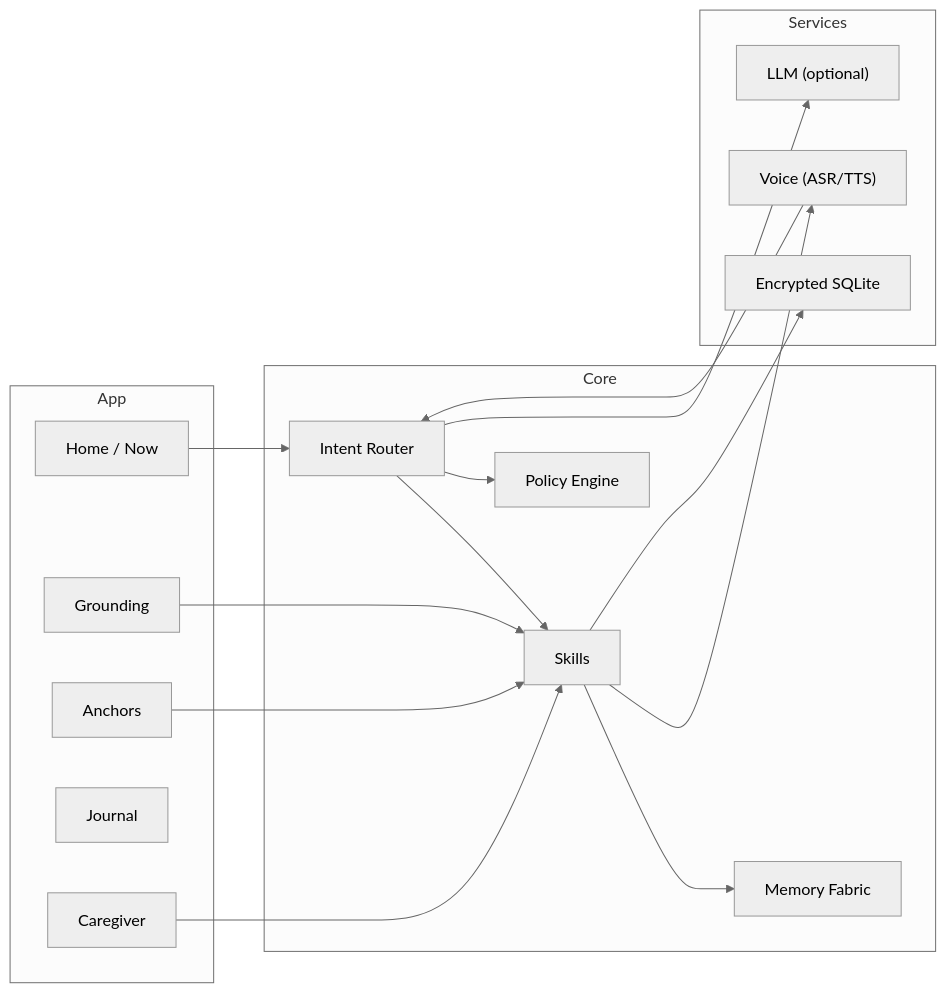
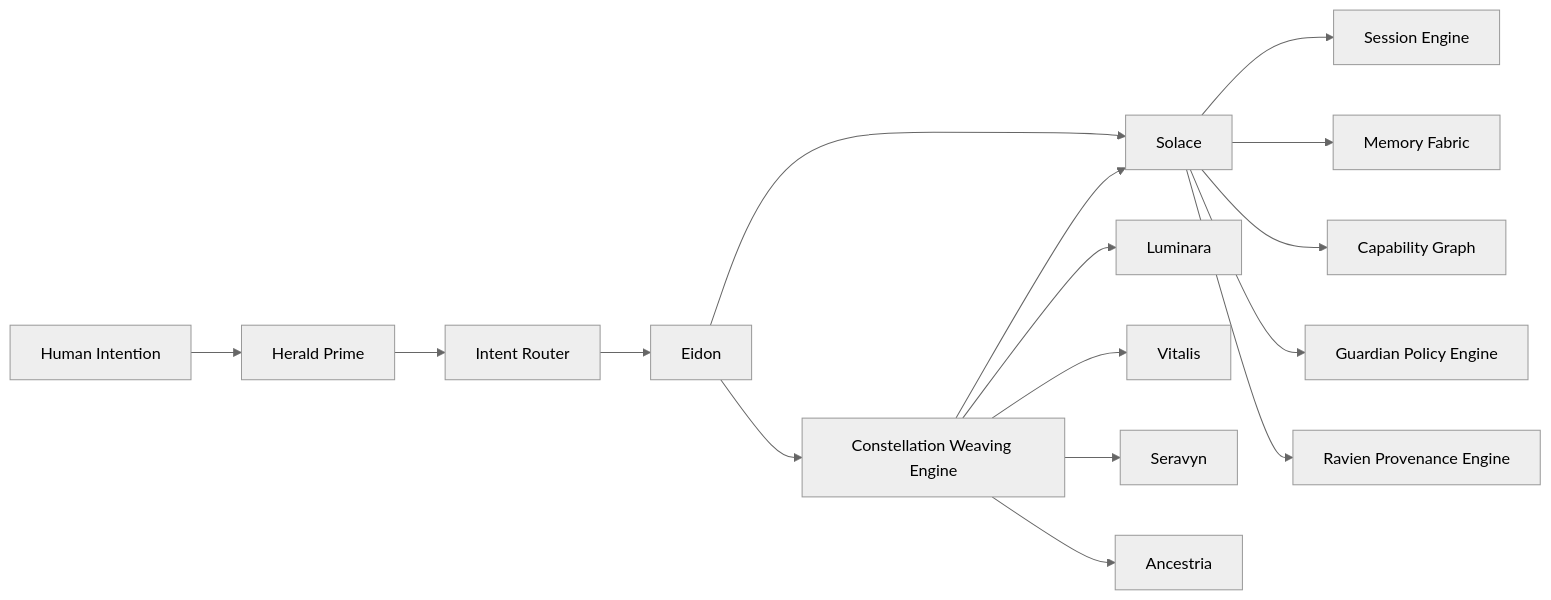
One commit to S1ngularD2ality/eidonic-language-elol changed the diagram in docs/ekrps/solace/README.md. Above: the diagram before and after it, drawn with Mermaid (neutral theme). The commit also changed other lines of this file, not shown here.

First line of the commit message:
Revise Solace README for clarity and branding updates

````diff
--- a/docs/ekrps/solace/README.md
+++ b/docs/ekrps/solace/README.md
@@ -73,34 +209,21 @@
 ```mermaid
 flowchart LR
-  subgraph App
-    H["Home / Now"]
-    G["Grounding"]
-    A["Anchors"]
-    J["Journal"]
-    CG["Caregiver"]
-  end
+  U["Human Intention"] --> HP["Herald Prime"]
+  HP --> IR["Intent Router"]
+  IR --> E["Eidon"]
+  E --> SO["Solace"]
+  E --> CW["Constellation Weaving Engine"]
 
-  subgraph Core
-    IR["Intent Router"]
-    SK["Skills"]
-    MF["Memory Fabric"]
-    PE["Policy Engine"]
-  end
+  SO --> SE["Session Engine"]
+  SO --> MF["Memory Fabric"]
+  SO --> CG["Capability Graph"]
+  SO --> GPE["Guardian Policy Engine"]
 
-  subgraph Services
-    V["Voice (ASR/TTS)"]
-    L["LLM (optional)"]
-    DB["Encrypted SQLite"]
-  end
+  CW --> SO
+  CW --> L["Luminara"]
+  CW --> V["Vitalis"]
+  CW --> SR["Seravyn"]
+  CW --> A["Ancestria"]
 
-  H --> IR --> SK
-  G --> SK
-  A --> SK
-  CG --> SK
-  SK --> MF
-  IR --> PE
-  V --> IR
-  SK --> V
-  SK --> DB
-  IR --> L
+  SO --> RPE["Ravien Provenance Engine"]
 ```
````
